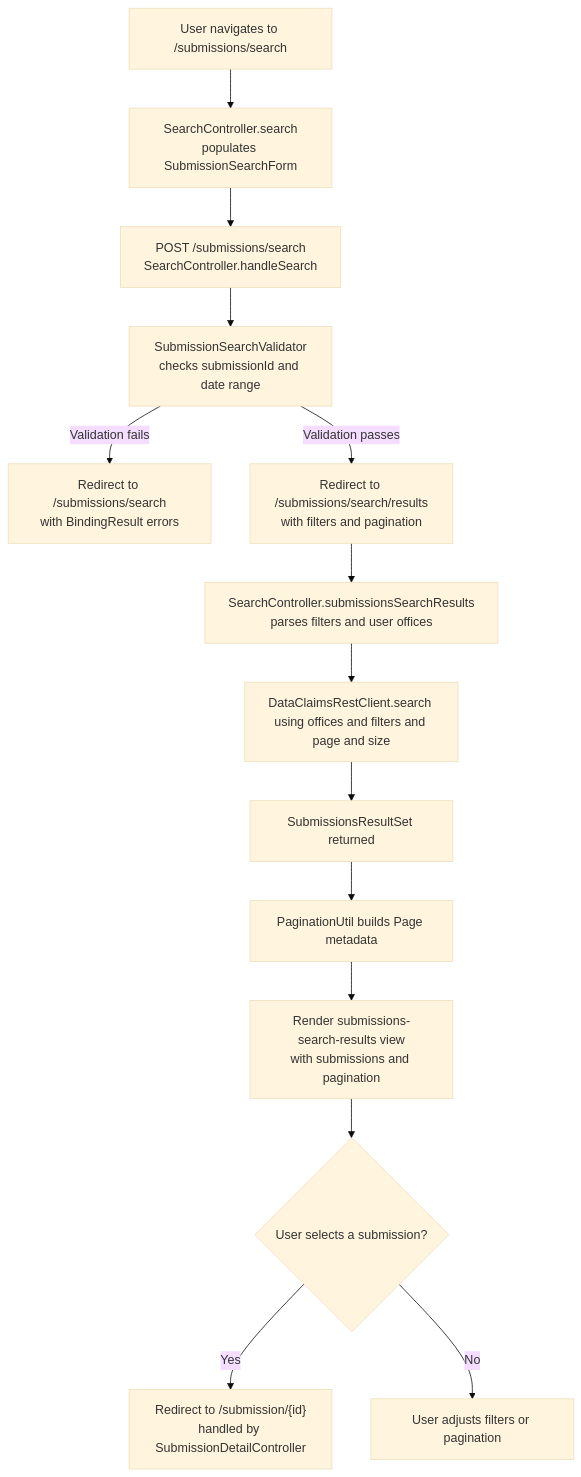
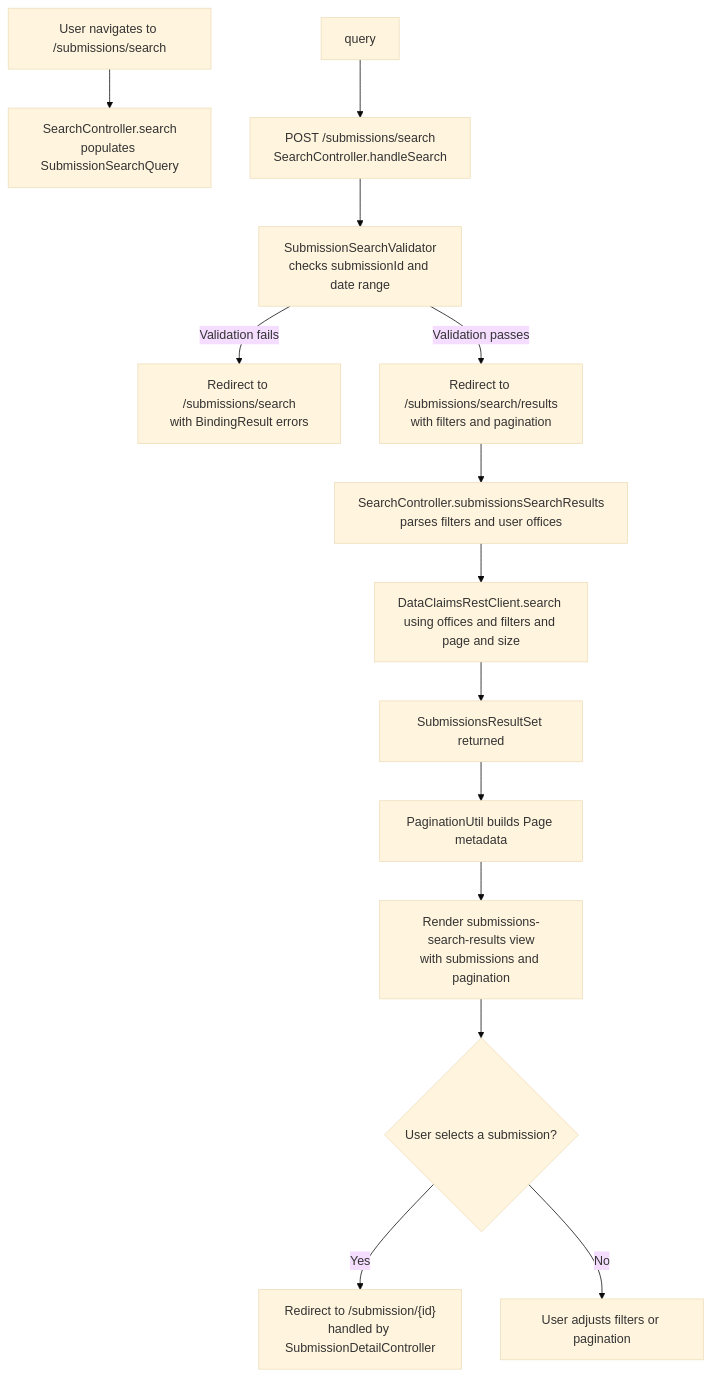
Before and after one commit to ministryofjustice/laa-submit-a-bulk-claim: the diagram in docs/flows/search-flow.md, drawn with Mermaid (base theme). The commit also changed 8 other files, not shown here.

Commit message:
BC-547: Rename form -> query

````diff
--- a/docs/flows/search-flow.md
+++ b/docs/flows/search-flow.md
@@ -7,18 +7,18 @@
 ```mermaid
 flowchart TD
-    start["User navigates to /submissions/search"] --> form["SearchController.search\npopulates SubmissionSearchForm"]
-    form --> submit["POST /submissions/search\nSearchController.handleSearch"]
+    start["User navigates to /submissions/search"] --> form["SearchController.search\npopulates SubmissionSearchQuery"]
+    query --> submit["POST /submissions/search\nSearchController.handleSearch"]
     submit --> validate["SubmissionSearchValidator\nchecks submissionId and date range"]
     validate -->|Validation fails| redisplay["Redirect to /submissions/search\nwith BindingResult errors"]
     validate -->|Validation passes| redirect["Redirect to /submissions/search/results\nwith filters and pagination"]
     redirect --> results["SearchController.submissionsSearchResults\nparses filters and user offices"]
     results --> dsCall["DataClaimsRestClient.search using offices and filters and page and size"]
     dsCall --> returnedResults["SubmissionsResultSet returned"]
     returnedResults --> paginate["PaginationUtil builds Page metadata"]
     paginate --> view["Render submissions-search-results view\nwith submissions and pagination"]
     view --> select{"User selects a submission?"}
     select -->|Yes| detail["Redirect to /submission/{id}\nhandled by SubmissionDetailController"]
     select -->|No| endFlow["User adjusts filters or pagination"]
 
 
 ```
````
